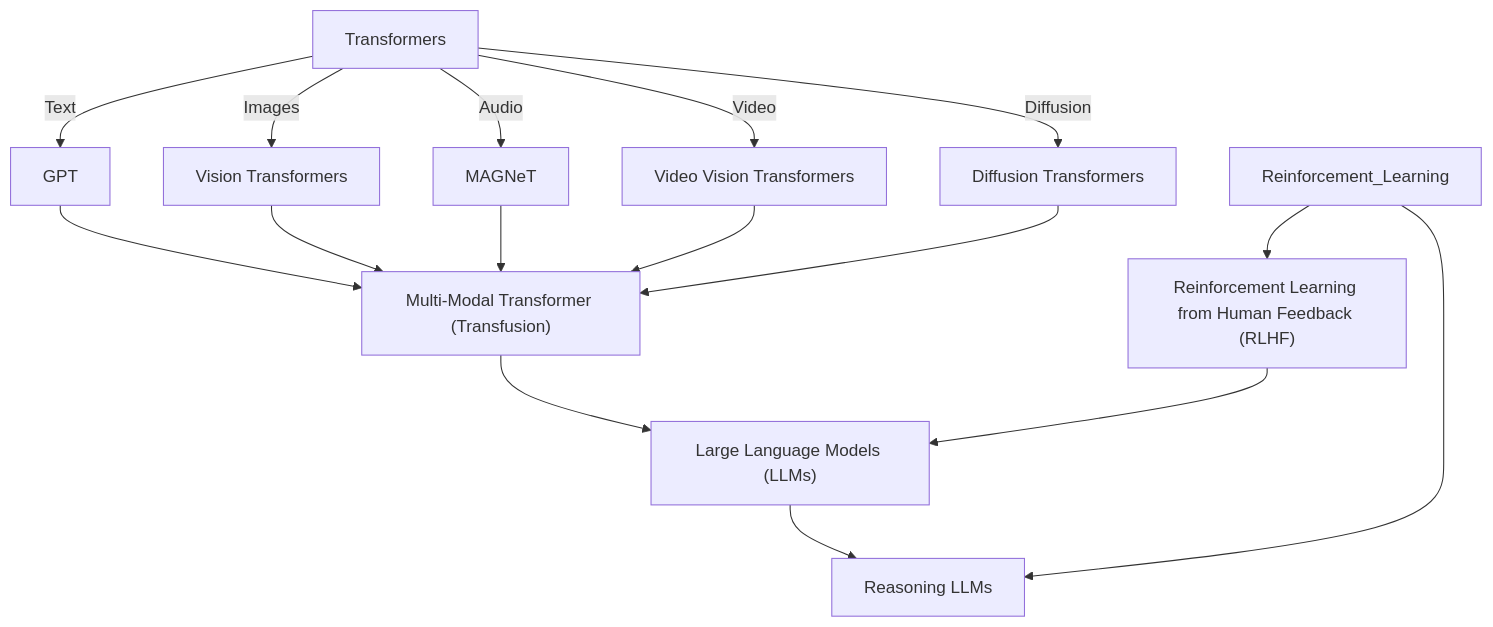
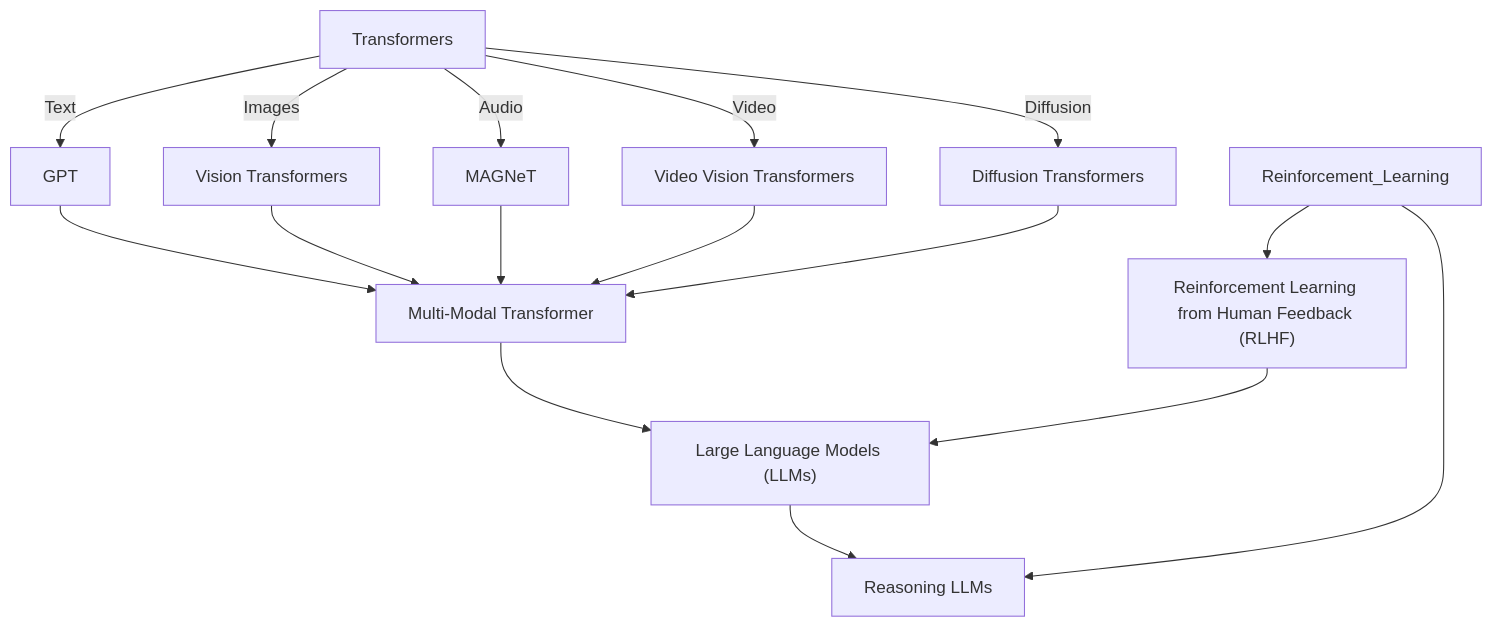
One commit to VachanVY/VachanVY changed the diagram in README.md. Above: the diagram before and after it, drawn with Mermaid. The commit also changed other lines of this file, not shown here.

````diff
--- a/README.md
+++ b/README.md
@@ -32,22 +31,22 @@
 ```mermaid
 graph TD;
     Transformers -->|Text| GPT;
     Transformers -->|Images| Vision_Transformers["Vision Transformers"];
     Transformers -->|Audio| MAGNeT["MAGNeT"];
     Transformers --> |Video| Video_Vision_Transformers["Video Vision Transformers"];
     Transformers -->|Diffusion| Diffusion_Transformers["Diffusion Transformers"];
 
-    GPT --> Multi_Modal_Transformers["Multi-Modal Transformer (Transfusion)"];
+    GPT --> Multi_Modal_Transformers["Multi-Modal Transformer"];
     Vision_Transformers --> Multi_Modal_Transformers;
     MAGNeT --> Multi_Modal_Transformers;
     Video_Vision_Transformers --> Multi_Modal_Transformers;
     Diffusion_Transformers --> Multi_Modal_Transformers;
 
     Multi_Modal_Transformers --> LLMs["Large Language Models (LLMs)"];
     RLHF["Reinforcement Learning from Human Feedback (RLHF)"] --> LLMs;
 
     Reinforcement_Learning --> RLHF;
 
     LLMs --> Reasoning_LLMs["Reasoning LLMs"];
     Reinforcement_Learning --> Reasoning_LLMs;
 ```
````
